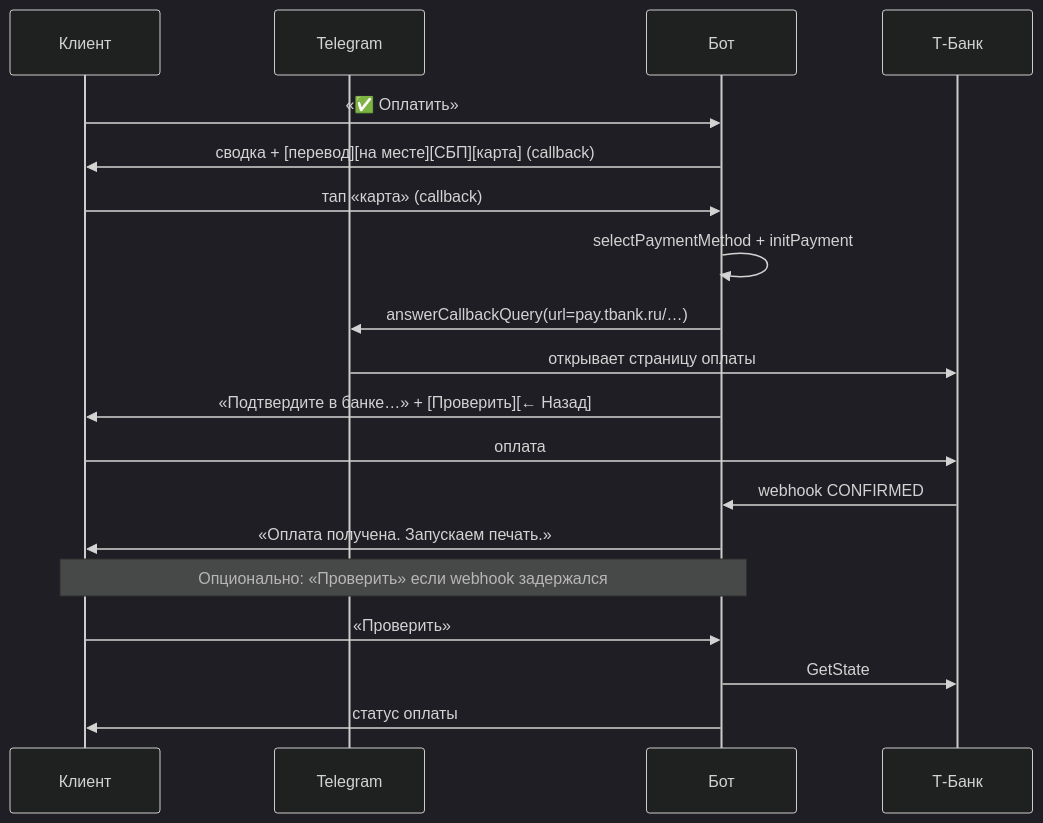
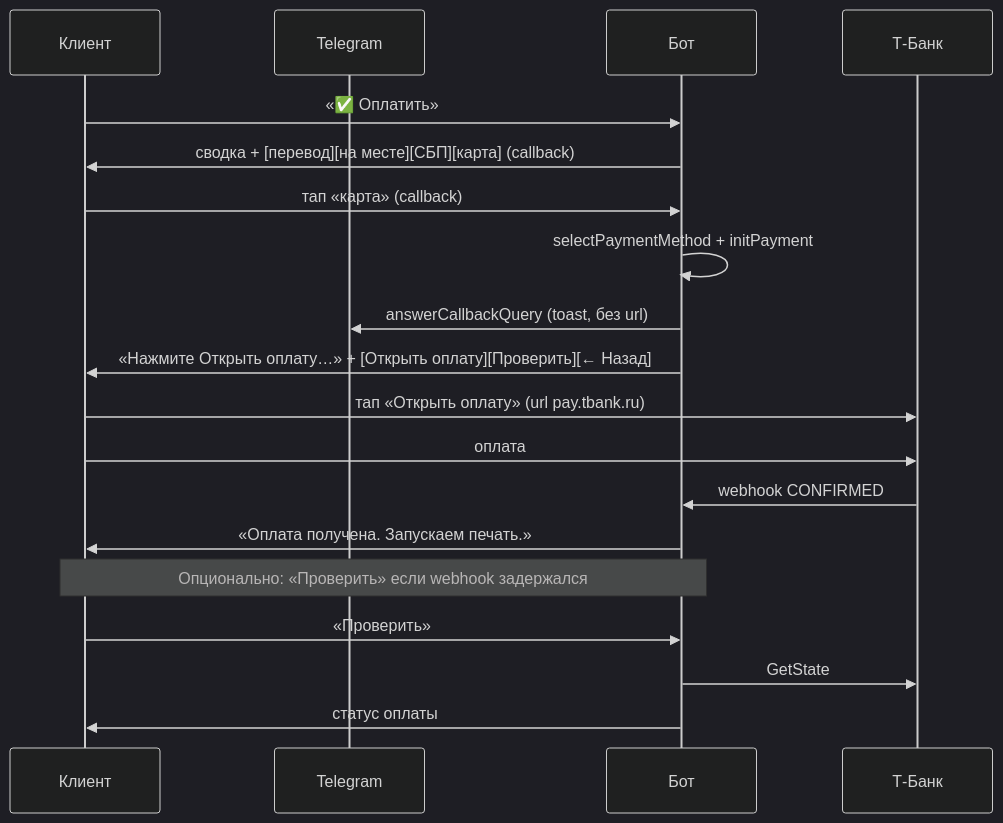
Before and after one commit to shiro1702/kopir: the first of 4 diagrams in doc/product/online-payment-bot-flow.md, drawn with Mermaid (dark theme). The commit also changed other lines of this file and 7 other files, not shown here.

````diff
--- a/doc/product/online-payment-bot-flow.md
+++ b/doc/product/online-payment-bot-flow.md
@@ -65,25 +65,25 @@
 ```mermaid
 sequenceDiagram
   participant C as Клиент
   participant TG as Telegram
   participant B as Бот
   participant T as Т-Банк
 
   C->>B: «✅ Оплатить»
   B->>C: сводка + [перевод][на месте][СБП][карта] (callback)
 
   C->>B: тап «карта» (callback)
   B->>B: selectPaymentMethod + initPayment
-  B->>TG: answerCallbackQuery(url=pay.tbank.ru/…)
-  TG->>T: открывает страницу оплаты
-  B->>C: «Подтвердите в банке…» + [Проверить][← Назад]
+  B->>TG: answerCallbackQuery (toast, без url)
+  B->>C: «Нажмите Открыть оплату…» + [Открыть оплату][Проверить][← Назад]
+  C->>T: тап «Открыть оплату» (url pay.tbank.ru)
 
   C->>T: оплата
   T->>B: webhook CONFIRMED
   B->>C: «Оплата получена. Запускаем печать.»
 
   Note over C,B: Опционально: «Проверить» если webhook задержался
   C->>B: «Проверить»
   B->>T: GetState
   B->>C: статус оплаты
 ```
````
